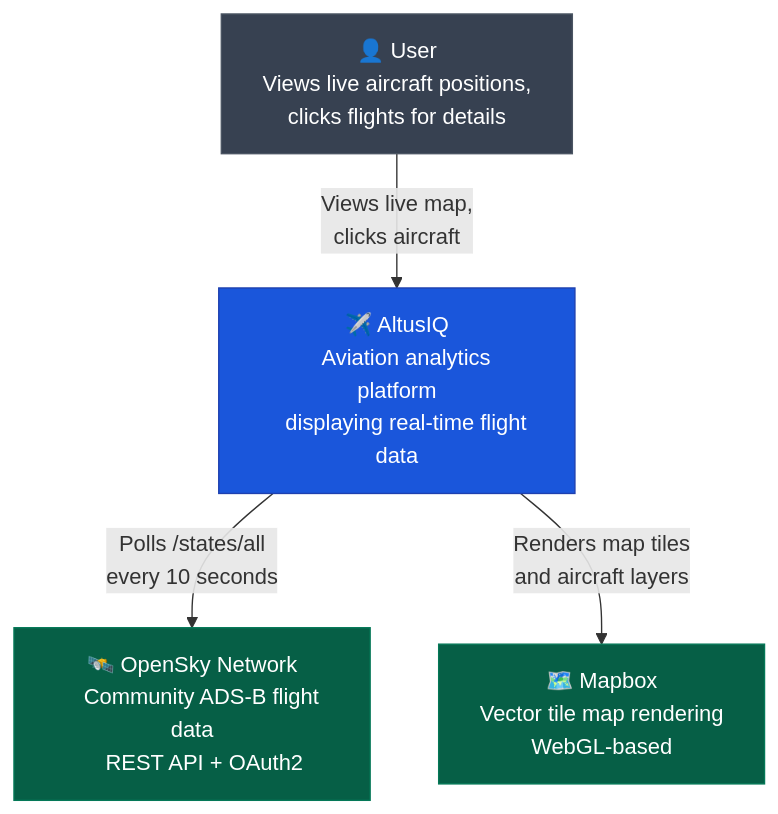
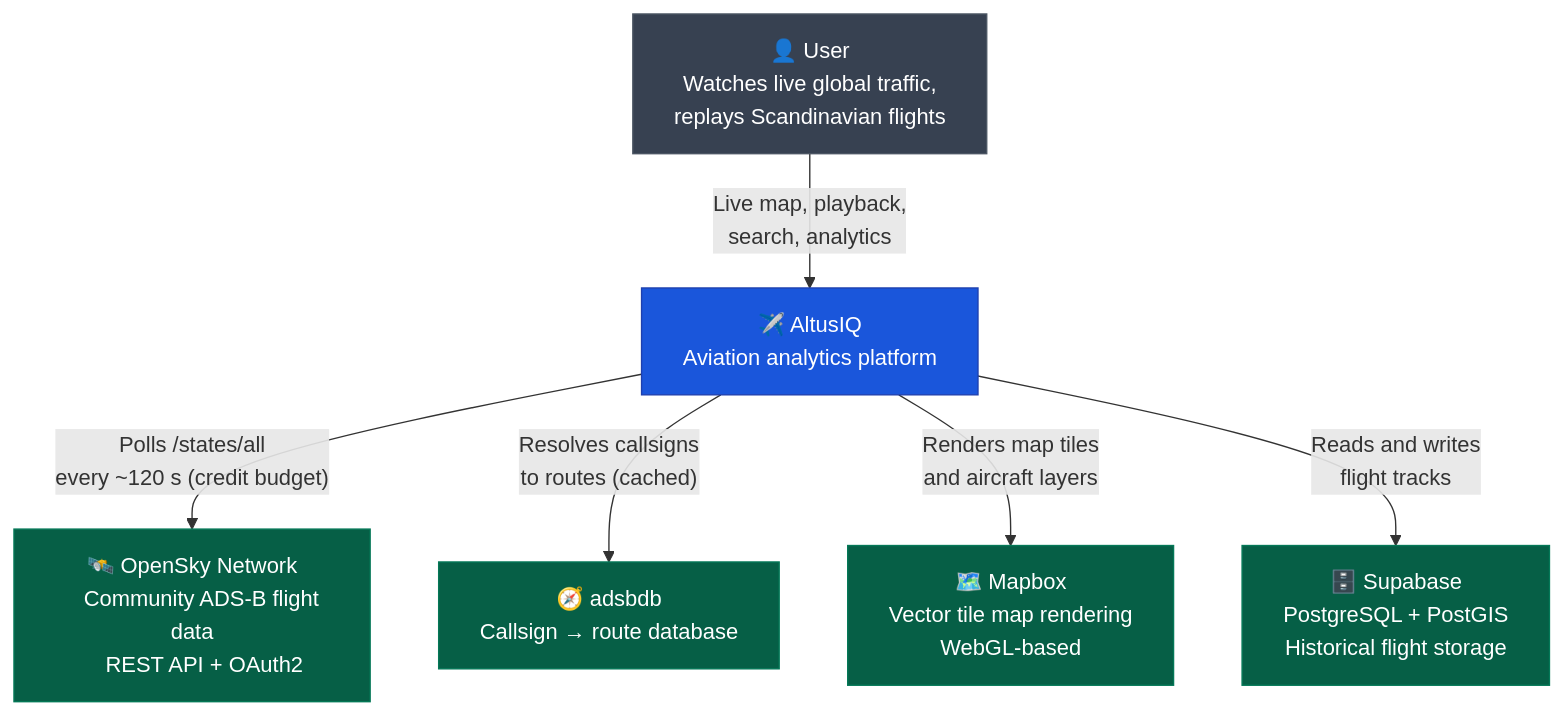
One commit to Anesiadis-Th/altusiq changed the diagram in docs/c4-context.md. Above: the diagram before and after it, drawn with Mermaid. The commit also changed other lines of this file and 12 other files, not shown here.

````diff
--- a/docs/c4-context.md
+++ b/docs/c4-context.md
@@ -5,30 +7,42 @@
 ```mermaid
 graph TB
     User["👤 User
-    Views live aircraft positions,
-    clicks flights for details"]
+    Watches live global traffic,
+    replays Scandinavian flights"]
 
     AltusIQ["✈️ AltusIQ
-    Aviation analytics platform
-    displaying real-time flight data"]
+    Aviation analytics platform"]
 
     OpenSky["🛰️ OpenSky Network
     Community ADS-B flight data
     REST API + OAuth2"]
 
+    Adsbdb["🧭 adsbdb
+    Callsign → route database"]
+
     Mapbox["🗺️ Mapbox
     Vector tile map rendering
     WebGL-based"]
 
-    User -->|"Views live map,
-    clicks aircraft"| AltusIQ
+    Supabase["🗄️ Supabase
+    PostgreSQL + PostGIS
+    Historical flight storage"]
+
+    User -->|"Live map, playback,
+    search, analytics"| AltusIQ
     AltusIQ -->|"Polls /states/all
-    every 10 seconds"| OpenSky
+    every ~120 s (credit budget)"| OpenSky
+    AltusIQ -->|"Resolves callsigns
+    to routes (cached)"| Adsbdb
     AltusIQ -->|"Renders map tiles
     and aircraft layers"| Mapbox
+    AltusIQ -->|"Reads and writes
+    flight tracks"| Supabase
 
     style AltusIQ fill:#1a56db,stroke:#1e40af,color:#fff
     style User fill:#374151,stroke:#4b5563,color:#fff
     style OpenSky fill:#065f46,stroke:#047857,color:#fff
+    style Adsbdb fill:#065f46,stroke:#047857,color:#fff
     style Mapbox fill:#065f46,stroke:#047857,color:#fff
+    style Supabase fill:#065f46,stroke:#047857,color:#fff
 ```
````
